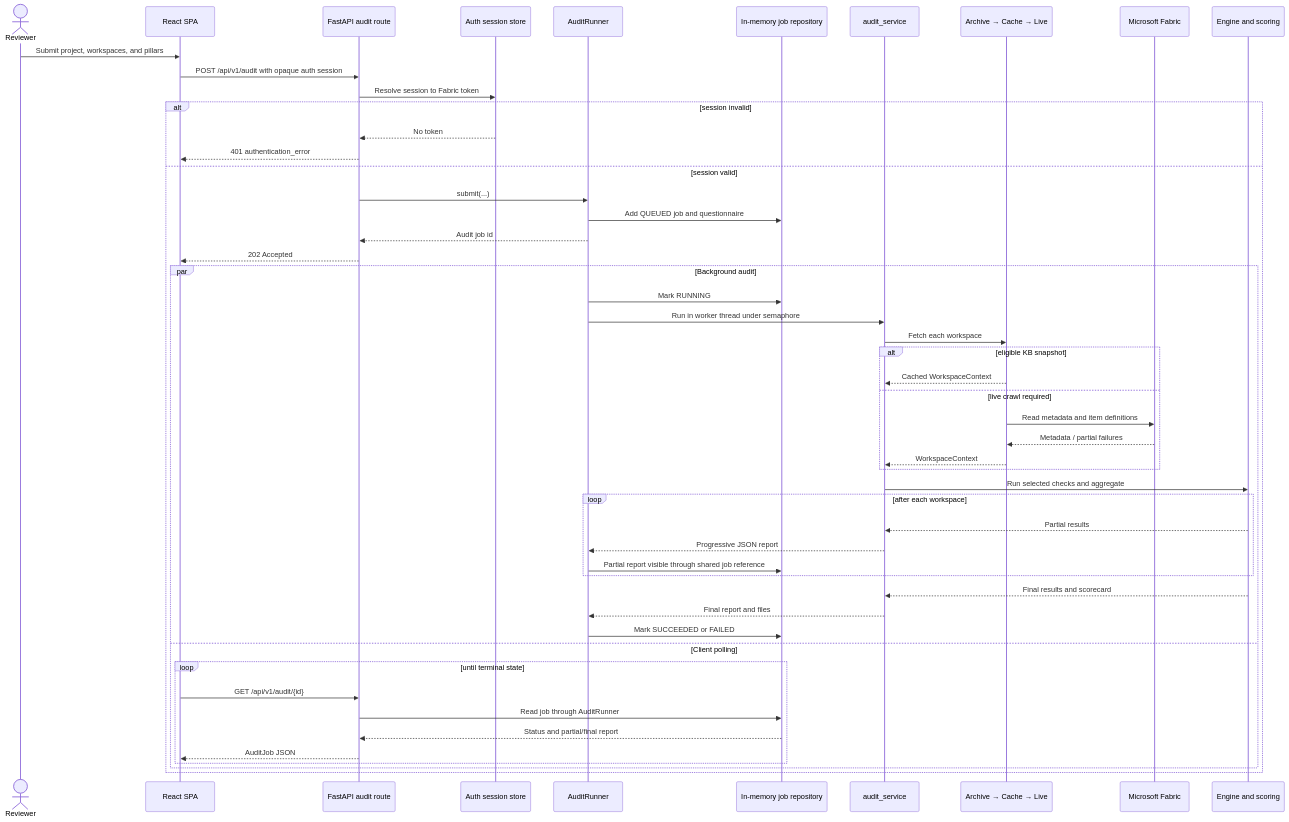
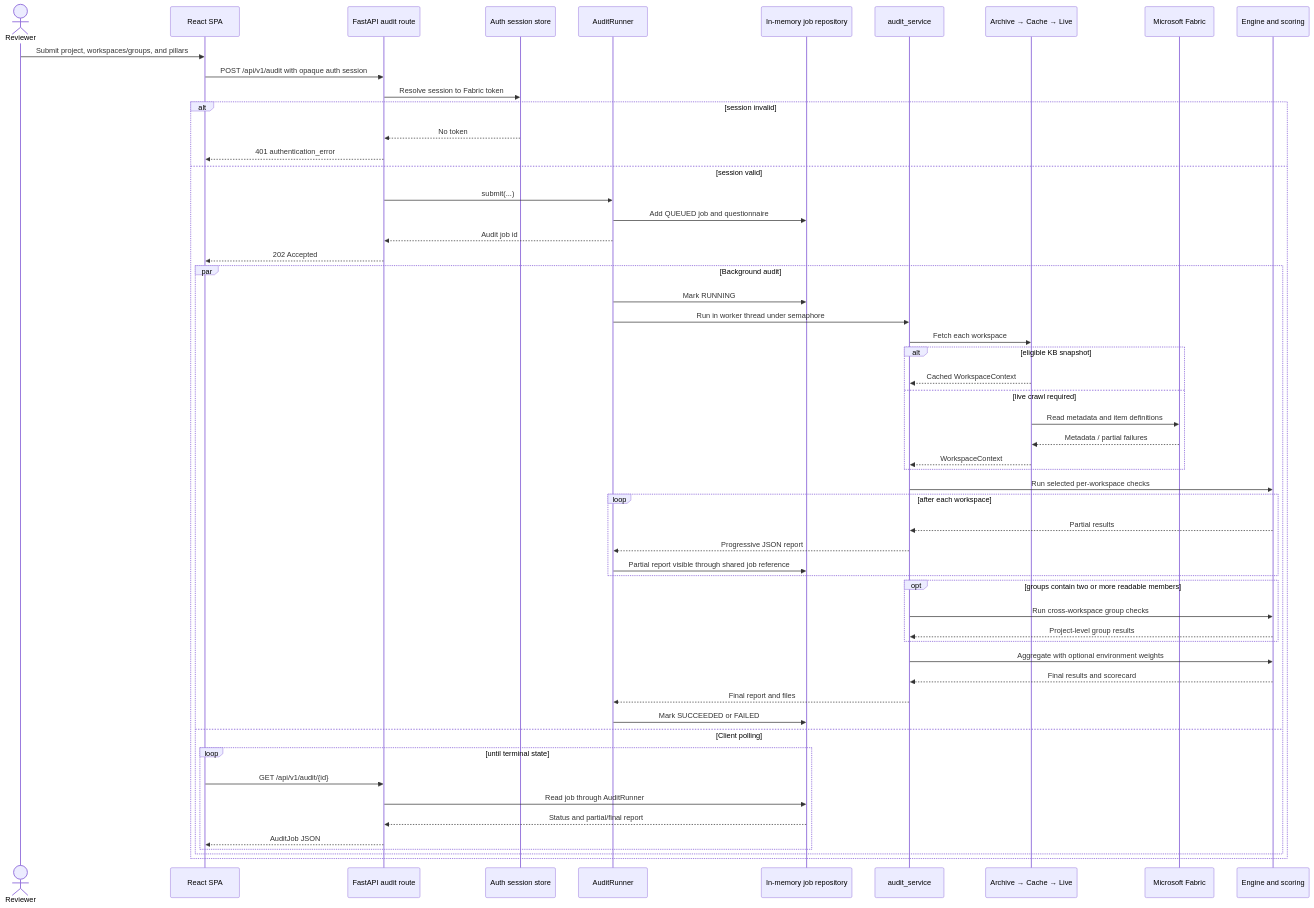
Before and after one commit to ridamgupta25/Microsoft-Fabric-Well-Architected-Auditor: the fourth of 10 diagrams in ARCHITECTURE.md, drawn with Mermaid. The commit also changed other lines of this file, not shown here.

Commit message:
docs: update ARCHITECTURE.md for cross-workspace groups, environment weighting, and current check counts

````diff
--- a/ARCHITECTURE.md
+++ b/ARCHITECTURE.md
@@ -622,54 +639,59 @@
 ```mermaid
 sequenceDiagram
     actor User as Reviewer
     participant SPA as React SPA
     participant API as FastAPI audit route
     participant Auth as Auth session store
     participant Runner as AuditRunner
     participant Repo as In-memory job repository
     participant Service as audit_service
     participant Provider as Archive → Cache → Live
     participant Fabric as Microsoft Fabric
     participant Core as Engine and scoring
 
-    User->>SPA: Submit project, workspaces, and pillars
+    User->>SPA: Submit project, workspaces/groups, and pillars
     SPA->>API: POST /api/v1/audit with opaque auth session
     API->>Auth: Resolve session to Fabric token
     alt session invalid
         Auth-->>API: No token
         API-->>SPA: 401 authentication_error
     else session valid
         API->>Runner: submit(...)
         Runner->>Repo: Add QUEUED job and questionnaire
         Runner-->>API: Audit job id
         API-->>SPA: 202 Accepted
       par Background audit
         Runner->>Repo: Mark RUNNING
         Runner->>Service: Run in worker thread under semaphore
         Service->>Provider: Fetch each workspace
         alt eligible KB snapshot
           Provider-->>Service: Cached WorkspaceContext
         else live crawl required
           Provider->>Fabric: Read metadata and item definitions
           Fabric-->>Provider: Metadata / partial failures
           Provider-->>Service: WorkspaceContext
         end
-        Service->>Core: Run selected checks and aggregate
+        Service->>Core: Run selected per-workspace checks
         loop after each workspace
           Core-->>Service: Partial results
           Service-->>Runner: Progressive JSON report
           Runner->>Repo: Partial report visible through shared job reference
         end
+        opt groups contain two or more readable members
+          Service->>Core: Run cross-workspace group checks
+          Core-->>Service: Project-level group results
+        end
+        Service->>Core: Aggregate with optional environment weights
         Core-->>Service: Final results and scorecard
         Service-->>Runner: Final report and files
         Runner->>Repo: Mark SUCCEEDED or FAILED
       and Client polling
         loop until terminal state
           SPA->>API: GET /api/v1/audit/{id}
           API->>Repo: Read job through AuditRunner
           Repo-->>API: Status and partial/final report
           API-->>SPA: AuditJob JSON
         end
         end
     end
 ```
````
